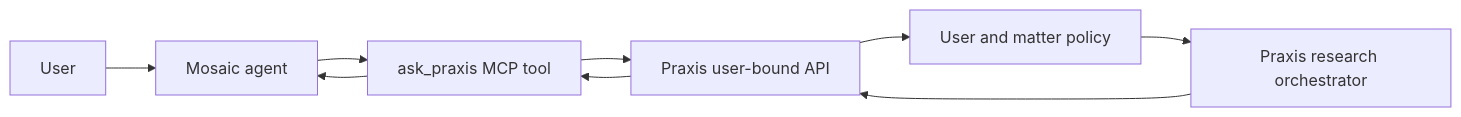
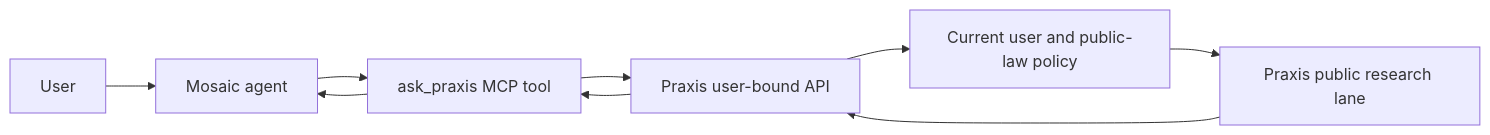
Before and after one commit to gwicho38/mosaic-addons: the second of 2 diagrams in addons/praxis-legal/README.md, drawn with Mermaid. The commit also changed other lines of this file and 3 other files, not shown here.

Commit message:
fix: refresh Praxis Legal connection and document public-law scope

````diff
--- a/addons/praxis-legal/README.md
+++ b/addons/praxis-legal/README.md
@@ -15,10 +15,10 @@
 ```mermaid
 flowchart LR
     User --> MosaicAgent[Mosaic agent]
     MosaicAgent --> PraxisTool[ask_praxis MCP tool]
     PraxisTool --> Phoenix[Praxis user-bound API]
-    Phoenix --> Policy[User and matter policy]
-    Policy --> Orchestrator[Praxis research orchestrator]
+    Phoenix --> Policy[Current user and public-law policy]
+    Policy --> Orchestrator[Praxis public research lane]
     Orchestrator --> Phoenix --> PraxisTool
     PraxisTool --> MosaicAgent
 ```
````
